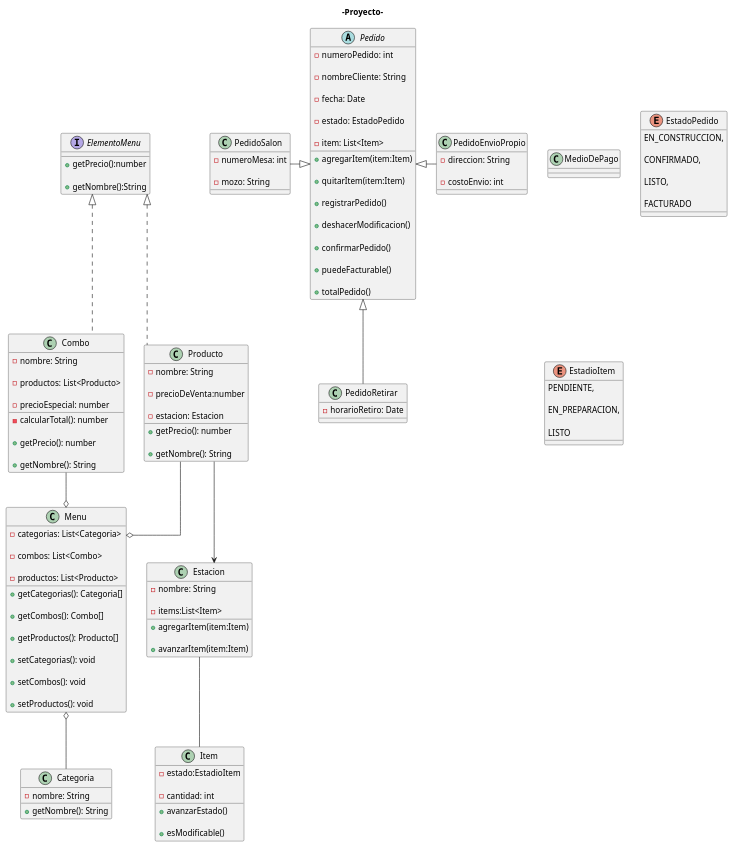
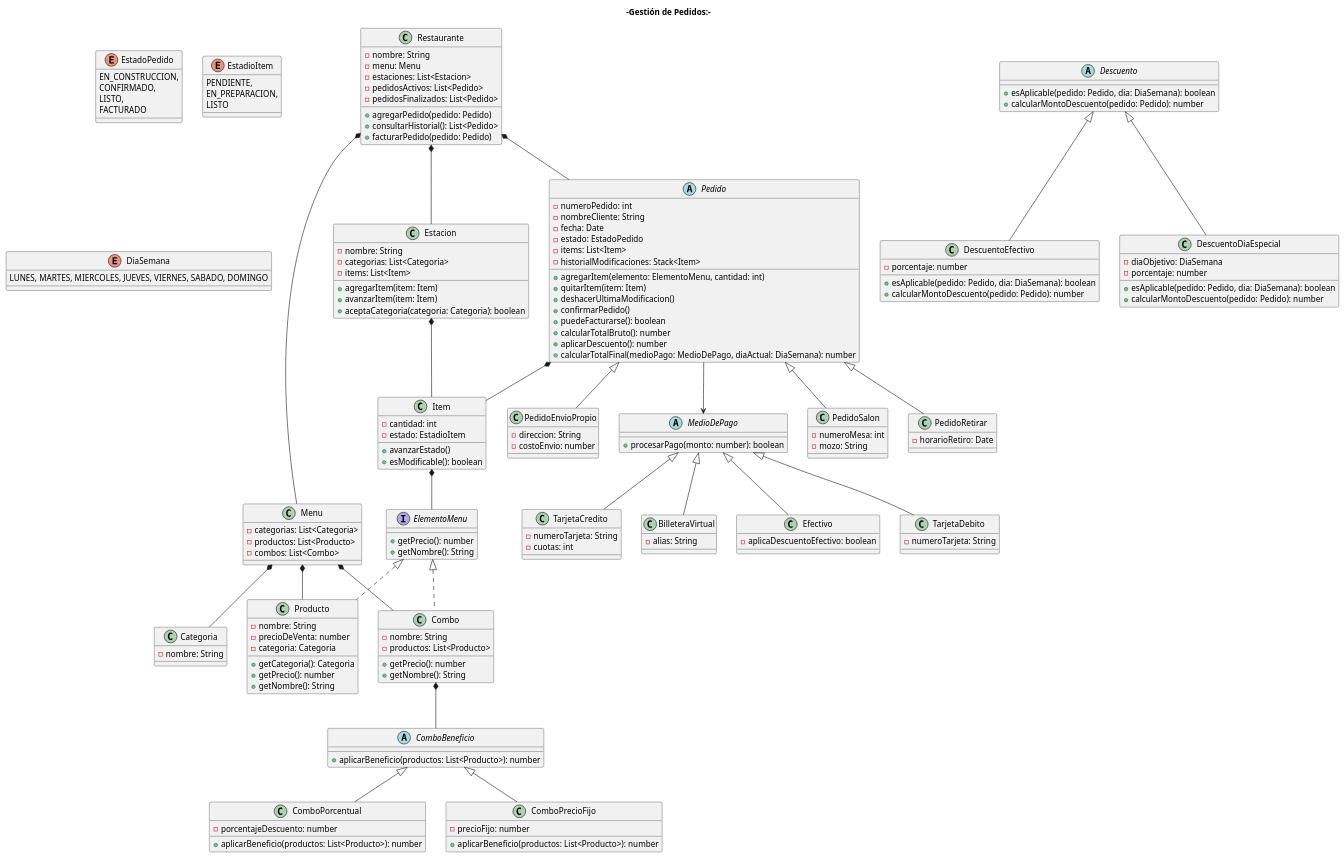
The diagram in diagramas/diagramas.puml (JuanJauregui2014/Tp-cuatrimestral-programacion-II), drawn with PlantUML before and after one commit. The commit also changed 2 other files, not shown here.

Commit message:
Agrego clase restaurante y menu. Actualizo el diagrama

```diff
--- a/diagramas/diagramas.puml
+++ b/diagramas/diagramas.puml
@@ -1,221 +1,184 @@
 @startuml
+title -Gestión de Pedidos:-
+class Restaurante {
+    -nombre: String
+    -menu: Menu
+    -estaciones: List<Estacion>
+    -pedidosActivos: List<Pedido>
+    -pedidosFinalizados: List<Pedido>
 
-title -Proyecto-
+    +agregarPedido(pedido: Pedido)
+    +consultarHistorial(): List<Pedido>
+    +facturarPedido(pedido: Pedido)
+}
 
-skinparam linetype ortho
+class Menu {
+    -categorias: List<Categoria>
+    -productos: List<Producto>
+    -combos: List<Combo>
+}
+
+class Categoria {
+    -nombre: String
+}
 
 interface ElementoMenu {
-
-    +getPrecio():number
-
-    +getNombre():String
-
-
-
+    +getPrecio(): number
+    +getNombre(): String
 }
 
-abstract class Pedido{
-
-    -numeroPedido: int
-
-    -nombreCliente: String
-
-    -fecha: Date
-
-    -estado: EstadoPedido
-
-    -item: List<Item>
-
-
-
-    +agregarItem(item:Item)
-
-    +quitarItem(item:Item)
-
-    +registrarPedido()
-
-    +deshacerModificacion()
-
-    +confirmarPedido()
-
-    +puedeFacturable()
-
-    +totalPedido()
-
+class Combo implements ElementoMenu {
+    -nombre: String
+    -productos: List<Producto>
+    +getPrecio(): number
+    +getNombre(): String
 }
 
-class PedidoSalon{
-
-    -numeroMesa: int
-
-    -mozo: String
-
+abstract class ComboBeneficio {
+    +aplicarBeneficio(productos: List<Producto>): number
 }
 
-class PedidoRetirar{
-
-    -horarioRetiro: Date
-
+class ComboPorcentual extends ComboBeneficio {
+    -porcentajeDescuento: number
+    +aplicarBeneficio(productos: List<Producto>): number
 }
 
-class PedidoEnvioPropio{
-
-    -direccion: String
-
-    -costoEnvio: int
-
-
-
+class ComboPrecioFijo extends ComboBeneficio {
+    -precioFijo: number
+    +aplicarBeneficio(productos: List<Producto>): number
 }
 
+abstract class Pedido {
+    -numeroPedido: int
+    -nombreCliente: String
+    -fecha: Date
+    -estado: EstadoPedido
+    -items: List<Item>
+    -historialModificaciones: Stack<Item>
 
-
-class Item{
-
-    -estado:EstadioItem
-
-    -cantidad: int
-
-    +avanzarEstado()
-
-    +esModificable()
-
-
-
+    +agregarItem(elemento: ElementoMenu, cantidad: int)
+    +quitarItem(item: Item)
+    +deshacerUltimaModificacion()
+    +confirmarPedido()
+    +puedeFacturarse(): boolean
+    +calcularTotalBruto(): number
+    +aplicarDescuento(): number
+    +calcularTotalFinal(medioPago: MedioDePago, diaActual: DiaSemana): number
 }
 
-class Producto{
-
-    -nombre: String
-
-    -precioDeVenta:number
-
-    -estacion: Estacion
-
-    +getPrecio(): number
-
-    +getNombre(): String
-
-
-
-   
-
+class PedidoSalon {
+    -numeroMesa: int
+    -mozo: String
 }
 
-class Combo {
-
-    -nombre: String
-
-    -productos: List<Producto>
-
-    -precioEspecial: number
-
-    -calcularTotal(): number
-
-    +getPrecio(): number
-
-    +getNombre(): String
-
+class PedidoRetirar {
+    -horarioRetiro: Date
 }
 
-class Categoria{
-
-    -nombre: String
-
-    +getNombre(): String
-
+class PedidoEnvioPropio {
+    -direccion: String
+    -costoEnvio: number
 }
 
-class Estacion{
-
-    -nombre: String
-
-    -items:List<Item>
-
-
-
-    +agregarItem(item:Item)
-
-    +avanzarItem(item:Item)
-
-
-
+class Item {
+    -cantidad: int
+    -estado: EstadioItem
+    
+    +avanzarEstado()
+    +esModificable(): boolean
 }
 
+class Estacion {
+    -nombre: String
+    -categorias: List<Categoria>
+    -items: List<Item>
 
-
-class Menu{
-
-    -categorias: List<Categoria>
-
-    -combos: List<Combo>
-
-    -productos: List<Producto>
-
-    + getCategorias(): Categoria[]
-
-    + getCombos(): Combo[]
-
-    + getProductos(): Producto[]
-
-    + setCategorias(): void
-
-    + setCombos(): void
-
-    + setProductos(): void
-
+    +agregarItem(item: Item)
+    +avanzarItem(item: Item)
+    +aceptaCategoria(categoria: Categoria): boolean
 }
 
-'preguntas si conviene  tenerlo como clase abstracta y que hereden los distintos medios de pagos'
+class Producto implements ElementoMenu {
+    -nombre: String
+    -precioDeVenta: number
+    -categoria: Categoria
+    
+    +getCategoria(): Categoria
+    +getPrecio(): number
+    +getNombre(): String
+}
 
-class MedioDePago{
+abstract class MedioDePago {
+    +procesarPago(monto: number): boolean
+}
 
+class Efectivo extends MedioDePago {
+    -aplicaDescuentoEfectivo: boolean
+}
 
+class TarjetaDebito extends MedioDePago {
+    -numeroTarjeta: String
+}
 
+class TarjetaCredito extends MedioDePago {
+    -numeroTarjeta: String
+    -cuotas: int
+}
+
+class BilleteraVirtual extends MedioDePago {
+    -alias: String
+}
+
+abstract class Descuento {
+     +esAplicable(pedido: Pedido, dia: DiaSemana): boolean
+     +calcularMontoDescuento(pedido: Pedido): number
+}
+
+class DescuentoEfectivo extends Descuento {
+    -porcentaje: number
+    +esAplicable(pedido: Pedido, dia: DiaSemana): boolean
+    +calcularMontoDescuento(pedido: Pedido): number
+}
+
+class DescuentoDiaEspecial extends Descuento {
+    -diaObjetivo: DiaSemana
+    -porcentaje: number
+    +esAplicable(pedido: Pedido, dia: DiaSemana): boolean
+    +calcularMontoDescuento(pedido: Pedido): number
 }
 
 enum EstadoPedido {
-
     EN_CONSTRUCCION,
-
     CONFIRMADO,
-
     LISTO,
-
     FACTURADO
-
 }
 
-enum EstadioItem{
-
+enum EstadioItem {
     PENDIENTE,
-
     EN_PREPARACION,
-
     LISTO
-
 }
 
-Pedido <|-l- PedidoSalon
+enum DiaSemana {
+    LUNES, MARTES, MIERCOLES, JUEVES, VIERNES, SABADO, DOMINGO
+}
 
+' Relaciones Estructurales
+Restaurante *-- Menu
+Restaurante  *-- Estacion
+Restaurante *--  Pedido
+Menu  *-- Categoria
+Menu  *-- Producto
+Menu  *--Combo
+Combo  *--  ComboBeneficio
+Pedido  *--  Item
+Item  *--  ElementoMenu
+Estacion  *-- Item
+
+Pedido <|-- PedidoSalon
 Pedido <|-- PedidoRetirar
+Pedido <|-- PedidoEnvioPropio
 
-Pedido <|-r- PedidoEnvioPropio
-
-Menu o-d- Categoria
-
-Menu o-u- Producto
-
-Menu o-l- Combo
-
-ElementoMenu <|.. Producto
-
-ElementoMenu <|.. Combo
-
-Estacion -- Item
-
-'Item --> ElementoMenu
-
-Producto --> Estacion 
-
+Pedido -->  MedioDePago
 @enduml
```
